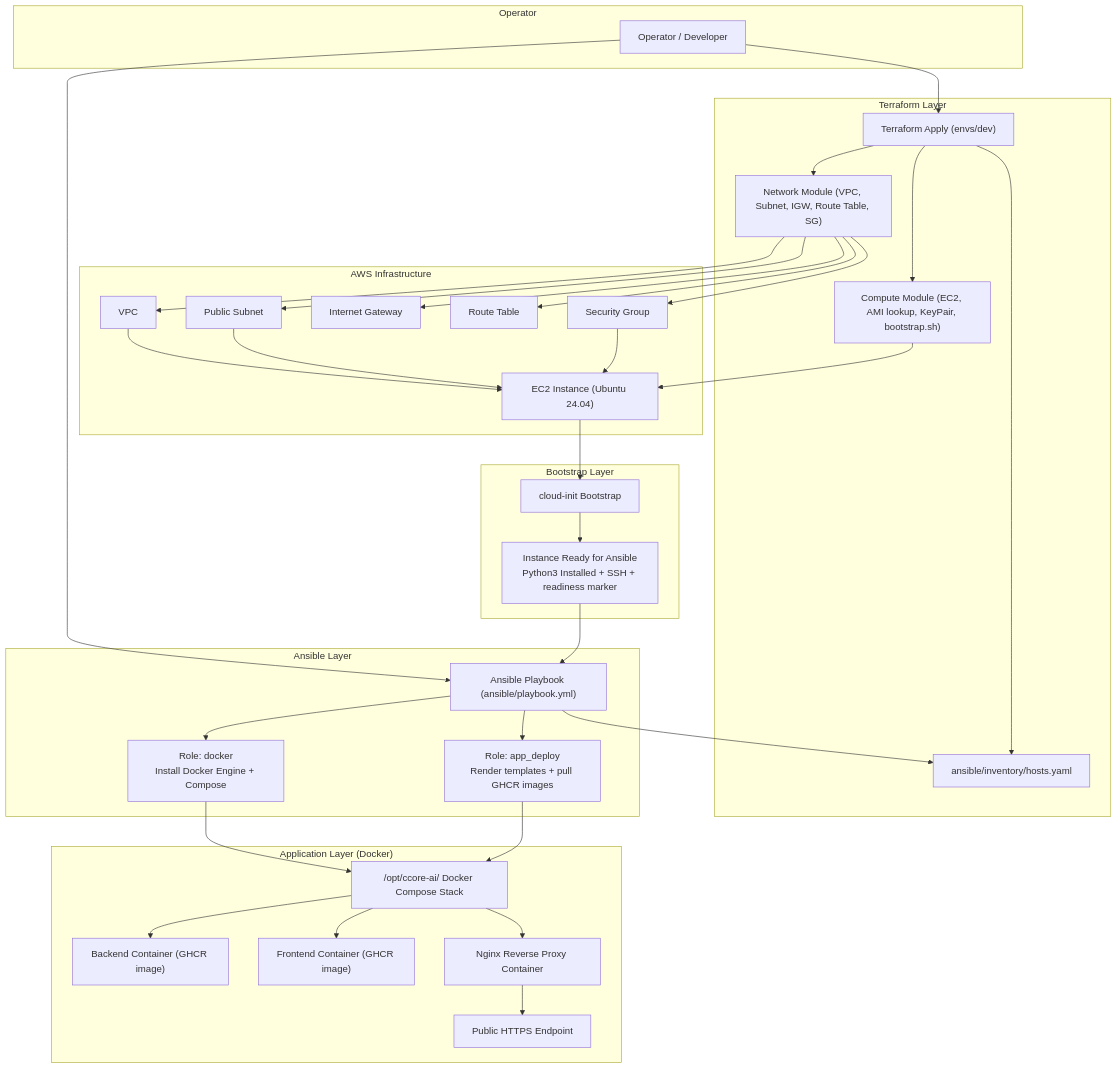
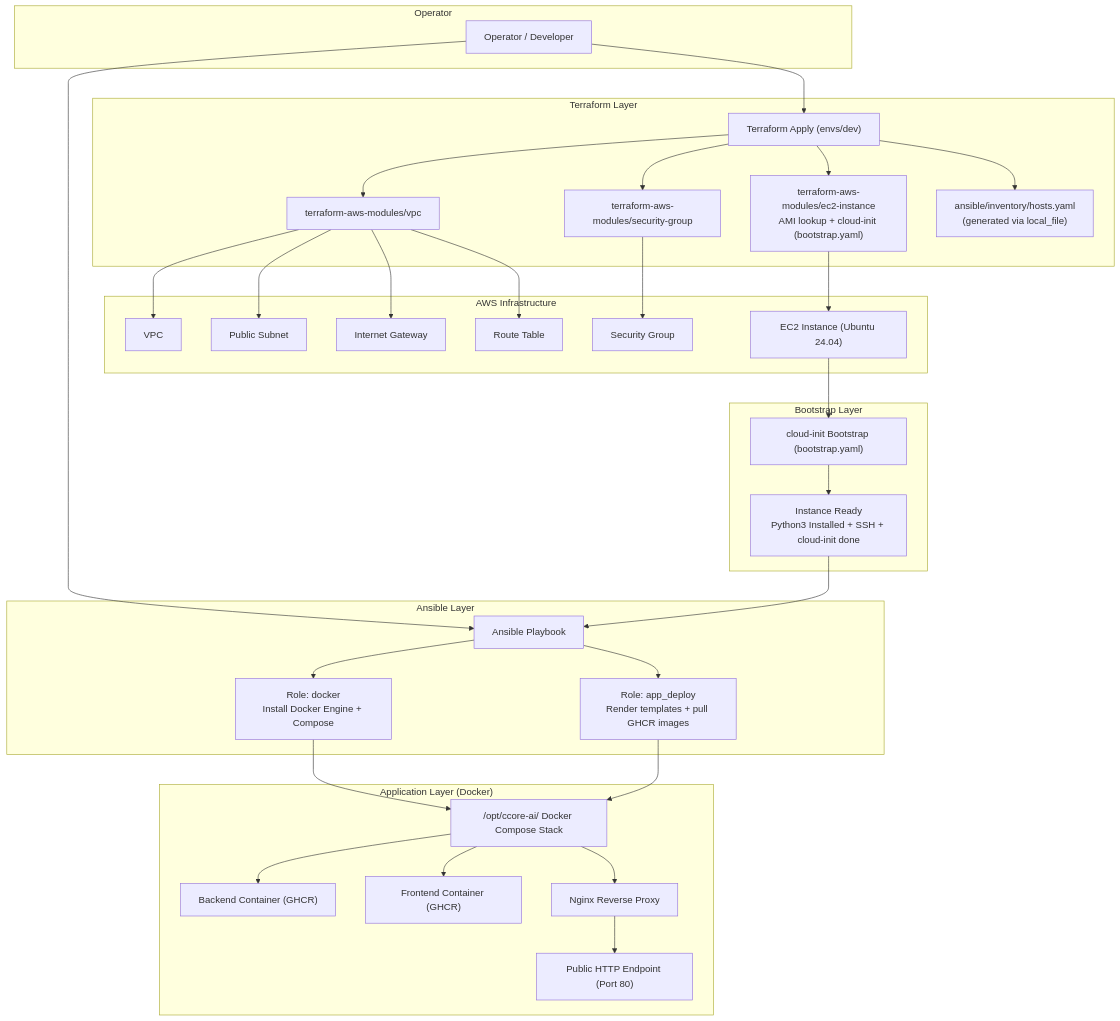
Before and after one commit to LaurisNeimanis/ccore-ai-infra: the diagram in diagrams/architecture.mmd, drawn with Mermaid. The commit also changed 26 other files, not shown here.

Commit message:
Refactor: migrate to official AWS modules, add cloud-init bootstrap, update Terraform/Ansible structure and root README

```diff
--- a/diagrams/architecture.mmd
+++ b/diagrams/architecture.mmd
@@ -1,84 +1,82 @@
 flowchart TD
 
     %% =========================
     %% LAYERS
     %% =========================
 
     subgraph L0["Operator"]
         OP["Operator / Developer"]
     end
 
     subgraph L1["Terraform Layer"]
         TF_APPLY["Terraform Apply (envs/dev)"]
-        MOD_NET["Network Module (VPC, Subnet, IGW, Route Table, SG)"]
-        MOD_CMP["Compute Module (EC2, AMI lookup, KeyPair, bootstrap.sh)"]
-        INV_FILE["ansible/inventory/hosts.yaml"]
+        MOD_VPC["terraform-aws-modules/vpc"]
+        MOD_SG["terraform-aws-modules/security-group"]
+        MOD_EC2["terraform-aws-modules/ec2-instance<br/>AMI lookup + cloud-init (bootstrap.yaml)"]
+        INV_FILE["ansible/inventory/hosts.yaml<br/>(generated via local_file)"]
     end
 
     subgraph L2["AWS Infrastructure"]
         VPC["VPC"]
         SUBNET["Public Subnet"]
         IGW["Internet Gateway"]
         RT["Route Table"]
-        SG["Security Group"]
+        SG_AWS["Security Group"]
         EC2["EC2 Instance (Ubuntu 24.04)"]
     end
 
     subgraph L3["Bootstrap Layer"]
-        CI_BOOT["cloud-init Bootstrap"]
-        READY["Instance Ready for Ansible<br/>Python3 Installed + SSH + readiness marker"]
+        CI_BOOT["cloud-init Bootstrap (bootstrap.yaml)"]
+        READY["Instance Ready<br/>Python3 Installed + SSH + cloud-init done"]
     end
 
     subgraph L4["Ansible Layer"]
-        APB["Ansible Playbook (ansible/playbook.yml)"]
+        APB["Ansible Playbook"]
         ROLE_DOCKER["Role: docker<br/>Install Docker Engine + Compose"]
         ROLE_APP["Role: app_deploy<br/>Render templates + pull GHCR images"]
     end
 
     subgraph L5["Application Layer (Docker)"]
         COMPOSE["/opt/ccore-ai/ Docker Compose Stack"]
-        BACKEND["Backend Container (GHCR image)"]
-        FRONTEND["Frontend Container (GHCR image)"]
-        NGINX["Nginx Reverse Proxy Container"]
-        HTTPS["Public HTTPS Endpoint"]
+        BACKEND["Backend Container (GHCR)"]
+        FRONTEND["Frontend Container (GHCR)"]
+        NGINX["Nginx Reverse Proxy"]
+        HTTP["Public HTTP Endpoint (Port 80)"]
     end
 
     %% =========================
     %% FLOWS
     %% =========================
 
     OP --> TF_APPLY
     OP --> APB
 
-    TF_APPLY --> MOD_NET
-    TF_APPLY --> MOD_CMP
+    TF_APPLY --> MOD_VPC
+    TF_APPLY --> MOD_SG
+    TF_APPLY --> MOD_EC2
+    TF_APPLY --> INV_FILE
 
-    MOD_NET --> VPC
-    MOD_NET --> SUBNET
-    MOD_NET --> IGW
-    MOD_NET --> RT
-    MOD_NET --> SG
+    MOD_VPC --> VPC
+    MOD_VPC --> SUBNET
+    MOD_VPC --> IGW
+    MOD_VPC --> RT
 
-    MOD_CMP --> EC2
-    VPC --> EC2
-    SUBNET --> EC2
-    SG --> EC2
+    MOD_SG --> SG_AWS
 
-    TF_APPLY --> INV_FILE
+    MOD_EC2 --> EC2
 
     EC2 --> CI_BOOT
     CI_BOOT --> READY
+    READY --> APB
 
-    APB --> INV_FILE
     APB --> ROLE_DOCKER
     APB --> ROLE_APP
-    READY --> APB
 
     ROLE_DOCKER --> COMPOSE
     ROLE_APP --> COMPOSE
 
     COMPOSE --> BACKEND
     COMPOSE --> FRONTEND
     COMPOSE --> NGINX
 
-    NGINX --> HTTPS
+    NGINX --> HTTP
```
